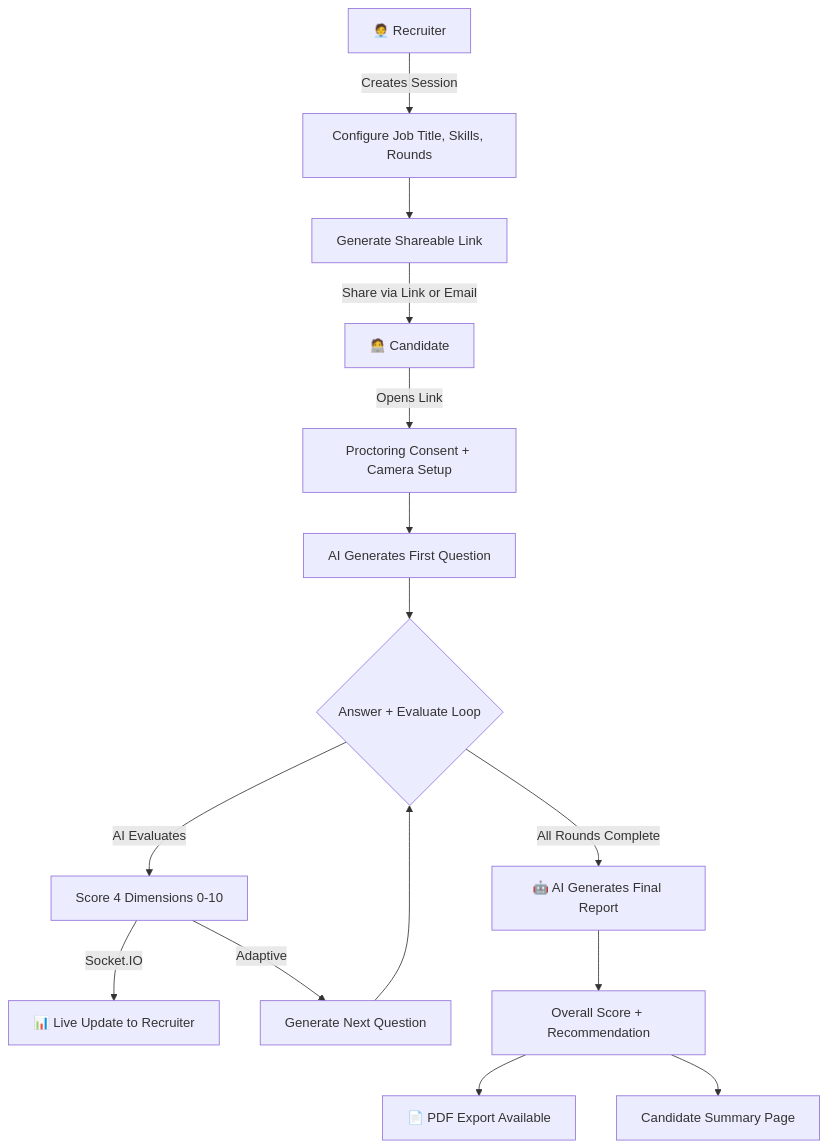
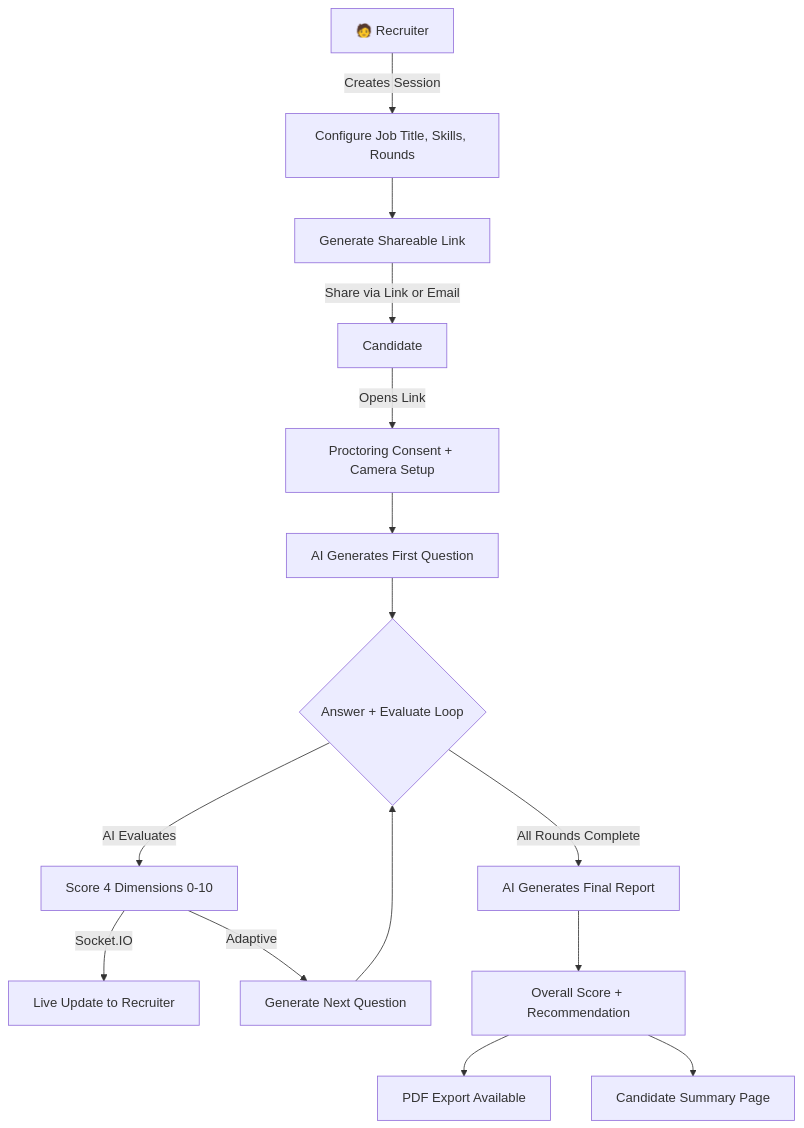
The diagram in README.md (Yash122005/AI_INTERVIEWER), drawn with Mermaid before and after one commit. The commit also changed other lines of this file, not shown here.

````diff
--- a/README.md
+++ b/README.md
@@ -345,17 +344,17 @@
 ```mermaid
 flowchart TD
-    A[🧑‍💼 Recruiter] -->|Creates Session| B[Configure Job Title, Skills, Rounds]
+    A[🧑 Recruiter] -->|Creates Session| B[Configure Job Title, Skills, Rounds]
     B --> C[Generate Shareable Link]
-    C -->|Share via Link or Email| D[🧑‍💻 Candidate]
+    C -->|Share via Link or Email| D[ Candidate]
     D -->|Opens Link| E[Proctoring Consent + Camera Setup]
     E --> F[AI Generates First Question]
     F --> G{Answer + Evaluate Loop}
     G -->|AI Evaluates| H[Score 4 Dimensions 0-10]
-    H -->|Socket.IO| I[📊 Live Update to Recruiter]
+    H -->|Socket.IO| I[ Live Update to Recruiter]
     H -->|Adaptive| J[Generate Next Question]
     J --> G
-    G -->|All Rounds Complete| K[🤖 AI Generates Final Report]
+    G -->|All Rounds Complete| K[ AI Generates Final Report]
     K --> L[Overall Score + Recommendation]
-    L --> M[📄 PDF Export Available]
+    L --> M[ PDF Export Available]
     L --> N[Candidate Summary Page]
 ```
````
